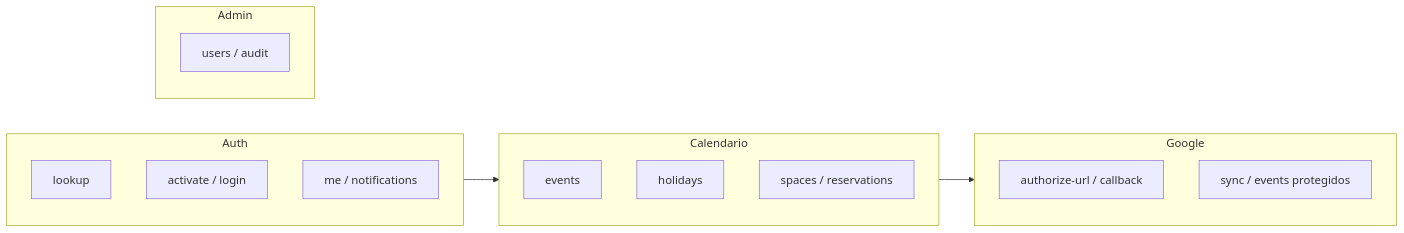
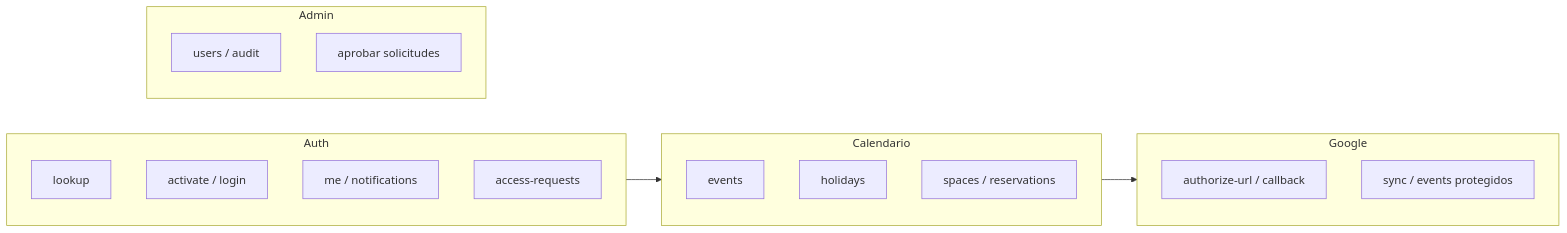
Before and after one commit to JackStar6677-1/CCAACalendar: diagram 16 of 16 in README.md, drawn with Mermaid. The commit also changed other lines of this file and 13 other files, not shown here.

````diff
--- a/README.md
+++ b/README.md
@@ -392,23 +395,25 @@
 ```mermaid
 flowchart LR
     subgraph auth ["Auth"]
         A1[lookup]
         A2[activate / login]
         A3[me / notifications]
+        A4[access-requests]
     end
     subgraph core ["Calendario"]
         C1[events]
         C2[holidays]
         C3[spaces / reservations]
     end
     subgraph google ["Google"]
         G1[authorize-url / callback]
         G2[sync / events protegidos]
     end
     subgraph admin ["Admin"]
         D1[users / audit]
+        D2[aprobar solicitudes]
     end
 
     auth --> core
     core --> google
 ```
````
